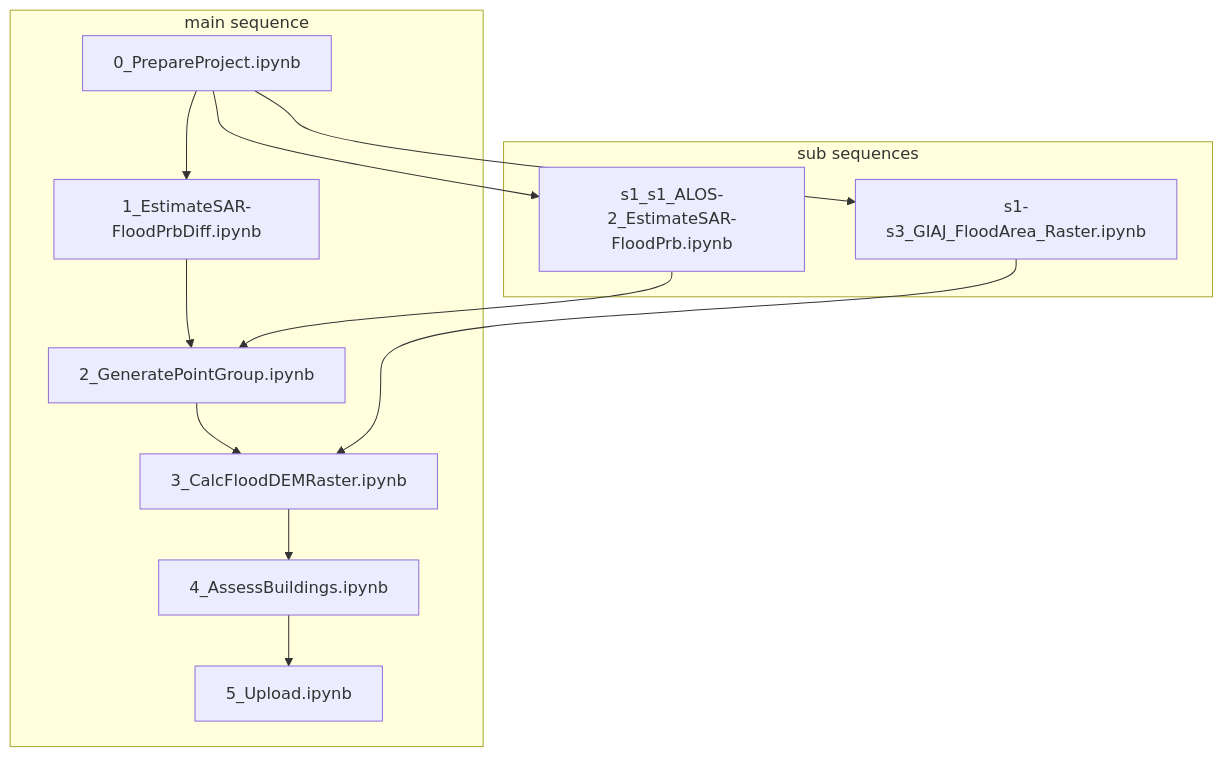
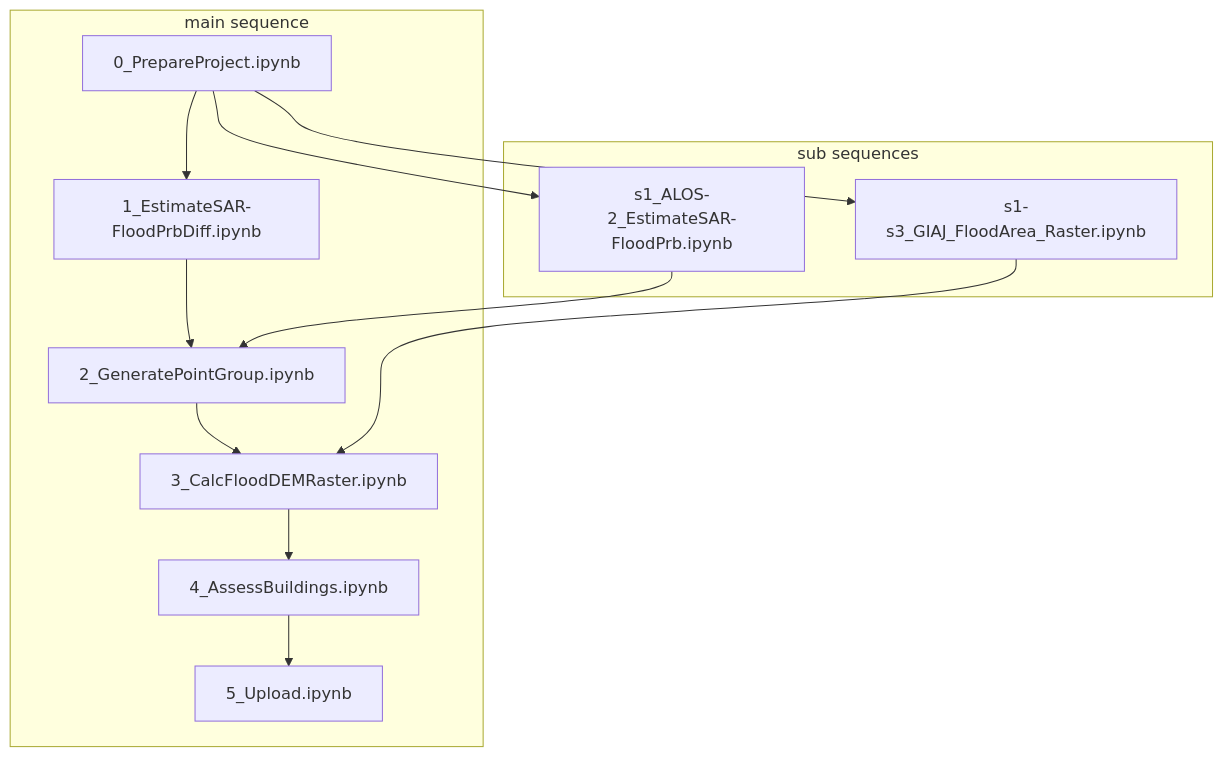
The first of 2 diagrams in README.md (eukarya-inc/plateau-2023-uc01-satellite-analytics), drawn with Mermaid before and after one commit.

Commit message:
Update README.md (remove typo)

````diff
--- a/README.md
+++ b/README.md
@@ -18,18 +18,18 @@
 ```mermaid
 graph TD
 	subgraph main sequence
 	0prep["0_PrepareProject.ipynb"]-->1est["1_EstimateSAR-FloodPrbDiff.ipynb"]
 	1est --> 2gen["2_GeneratePointGroup.ipynb"]
 	2gen --> 3calc["3_CalcFloodDEMRaster.ipynb"]
 	3calc --> 4asses["4_AssessBuildings.ipynb"]
 	4asses --> 5up["5_Upload.ipynb"]
 	end
 	
 	
 	subgraph sub sequences
-	0prep --> 1ALOS["s1_s1_ALOS-2_EstimateSAR-FloodPrb.ipynb"]
+	0prep --> 1ALOS["s1_ALOS-2_EstimateSAR-FloodPrb.ipynb"]
 	1ALOS --> 2gen
 	0prep -->  1-3GIAJ["s1-s3_GIAJ_FloodArea_Raster.ipynb"]
 	1-3GIAJ --> 3calc
 	end
 ```
````
